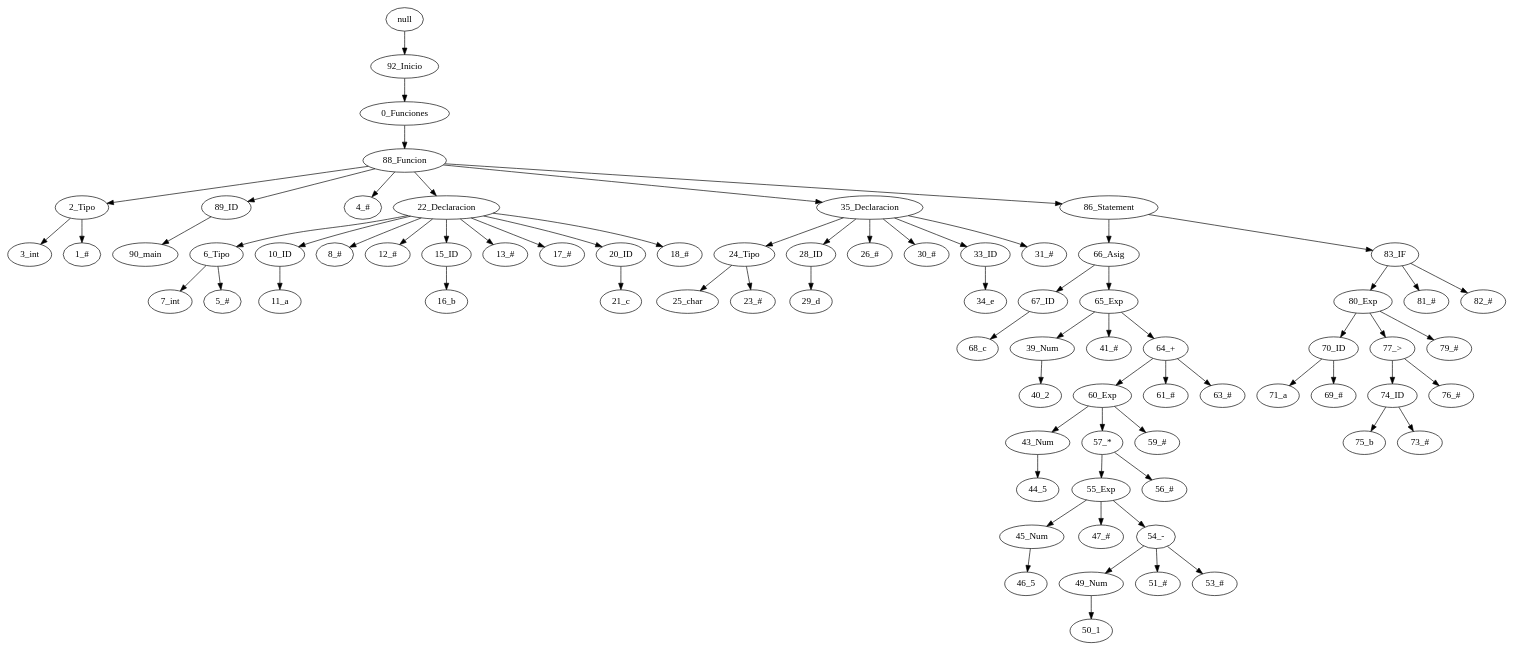
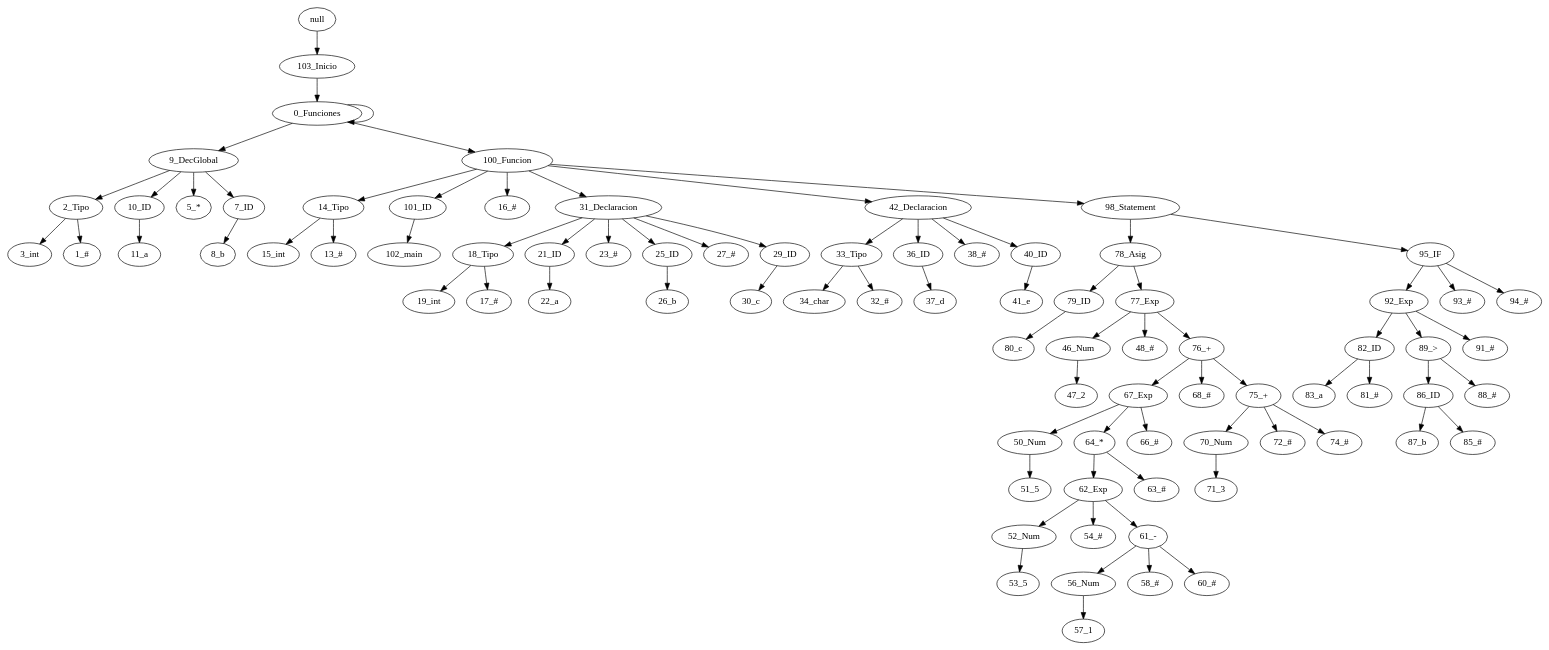
One commit to IlianaPinto/Mini-C changed the diagram in Interfaz/src/Analizador/generado.dot. Above: the diagram before and after it, drawn with Graphviz. The commit also changed 3 other files, not shown here.

```diff
--- a/Interfaz/src/Analizador/generado.dot
+++ b/Interfaz/src/Analizador/generado.dot
@@ -1,76 +1,85 @@
 digraph {
-"null" -> "92_Inicio";
-"92_Inicio" -> "0_Funciones";
-"0_Funciones" -> "88_Funcion";
-"88_Funcion" -> "2_Tipo";
+"null" -> "103_Inicio";
+"103_Inicio" -> "0_Funciones";
+"0_Funciones" -> "0_Funciones";
+"0_Funciones" -> "9_DecGlobal";
+"9_DecGlobal" -> "2_Tipo";
 "2_Tipo" -> "3_int";
 "2_Tipo" -> "1_#";
-"88_Funcion" -> "89_ID";
-"89_ID" -> "90_main";
-"88_Funcion" -> "4_#";
-"88_Funcion" -> "22_Declaracion";
-"22_Declaracion" -> "6_Tipo";
-"6_Tipo" -> "7_int";
-"6_Tipo" -> "5_#";
-"22_Declaracion" -> "10_ID";
+"9_DecGlobal" -> "10_ID";
 "10_ID" -> "11_a";
-"22_Declaracion" -> "8_#";
-"22_Declaracion" -> "12_#";
-"22_Declaracion" -> "15_ID";
-"15_ID" -> "16_b";
-"22_Declaracion" -> "13_#";
-"22_Declaracion" -> "17_#";
-"22_Declaracion" -> "20_ID";
-"20_ID" -> "21_c";
-"22_Declaracion" -> "18_#";
-"88_Funcion" -> "35_Declaracion";
-"35_Declaracion" -> "24_Tipo";
-"24_Tipo" -> "25_char";
-"24_Tipo" -> "23_#";
-"35_Declaracion" -> "28_ID";
-"28_ID" -> "29_d";
-"35_Declaracion" -> "26_#";
-"35_Declaracion" -> "30_#";
-"35_Declaracion" -> "33_ID";
-"33_ID" -> "34_e";
-"35_Declaracion" -> "31_#";
-"88_Funcion" -> "86_Statement";
-"86_Statement" -> "66_Asig";
-"66_Asig" -> "67_ID";
-"67_ID" -> "68_c";
-"66_Asig" -> "65_Exp";
-"65_Exp" -> "39_Num";
-"39_Num" -> "40_2";
-"65_Exp" -> "41_#";
-"65_Exp" -> "64_+";
-"64_+" -> "60_Exp";
-"60_Exp" -> "43_Num";
-"43_Num" -> "44_5";
-"60_Exp" -> "57_*";
-"57_*" -> "55_Exp";
-"55_Exp" -> "45_Num";
-"45_Num" -> "46_5";
-"55_Exp" -> "47_#";
-"55_Exp" -> "54_-";
-"54_-" -> "49_Num";
-"49_Num" -> "50_1";
-"54_-" -> "51_#";
-"54_-" -> "53_#";
-"57_*" -> "56_#";
-"60_Exp" -> "59_#";
-"64_+" -> "61_#";
-"64_+" -> "63_#";
-"86_Statement" -> "83_IF";
-"83_IF" -> "80_Exp";
-"80_Exp" -> "70_ID";
-"70_ID" -> "71_a";
-"70_ID" -> "69_#";
-"80_Exp" -> "77_>";
-"77_>" -> "74_ID";
-"74_ID" -> "75_b";
-"74_ID" -> "73_#";
-"77_>" -> "76_#";
-"80_Exp" -> "79_#";
-"83_IF" -> "81_#";
-"83_IF" -> "82_#";
+"9_DecGlobal" -> "5_*";
+"9_DecGlobal" -> "7_ID";
+"7_ID" -> "8_b";
+"0_Funciones" -> "100_Funcion";
+"100_Funcion" -> "14_Tipo";
+"14_Tipo" -> "15_int";
+"14_Tipo" -> "13_#";
+"100_Funcion" -> "101_ID";
+"101_ID" -> "102_main";
+"100_Funcion" -> "16_#";
+"100_Funcion" -> "31_Declaracion";
+"31_Declaracion" -> "18_Tipo";
+"18_Tipo" -> "19_int";
+"18_Tipo" -> "17_#";
+"31_Declaracion" -> "21_ID";
+"21_ID" -> "22_a";
+"31_Declaracion" -> "23_#";
+"31_Declaracion" -> "25_ID";
+"25_ID" -> "26_b";
+"31_Declaracion" -> "27_#";
+"31_Declaracion" -> "29_ID";
+"29_ID" -> "30_c";
+"100_Funcion" -> "42_Declaracion";
+"42_Declaracion" -> "33_Tipo";
+"33_Tipo" -> "34_char";
+"33_Tipo" -> "32_#";
+"42_Declaracion" -> "36_ID";
+"36_ID" -> "37_d";
+"42_Declaracion" -> "38_#";
+"42_Declaracion" -> "40_ID";
+"40_ID" -> "41_e";
+"100_Funcion" -> "98_Statement";
+"98_Statement" -> "78_Asig";
+"78_Asig" -> "79_ID";
+"79_ID" -> "80_c";
+"78_Asig" -> "77_Exp";
+"77_Exp" -> "46_Num";
+"46_Num" -> "47_2";
+"77_Exp" -> "48_#";
+"77_Exp" -> "76_+";
+"76_+" -> "67_Exp";
+"67_Exp" -> "50_Num";
+"50_Num" -> "51_5";
+"67_Exp" -> "64_*";
+"64_*" -> "62_Exp";
+"62_Exp" -> "52_Num";
+"52_Num" -> "53_5";
+"62_Exp" -> "54_#";
+"62_Exp" -> "61_-";
+"61_-" -> "56_Num";
+"56_Num" -> "57_1";
+"61_-" -> "58_#";
+"61_-" -> "60_#";
+"64_*" -> "63_#";
+"67_Exp" -> "66_#";
+"76_+" -> "68_#";
+"76_+" -> "75_+";
+"75_+" -> "70_Num";
+"70_Num" -> "71_3";
+"75_+" -> "72_#";
+"75_+" -> "74_#";
+"98_Statement" -> "95_IF";
+"95_IF" -> "92_Exp";
+"92_Exp" -> "82_ID";
+"82_ID" -> "83_a";
+"82_ID" -> "81_#";
+"92_Exp" -> "89_>";
+"89_>" -> "86_ID";
+"86_ID" -> "87_b";
+"86_ID" -> "85_#";
+"89_>" -> "88_#";
+"92_Exp" -> "91_#";
+"95_IF" -> "93_#";
+"95_IF" -> "94_#";
 }
```
